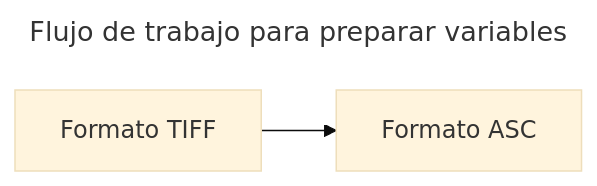
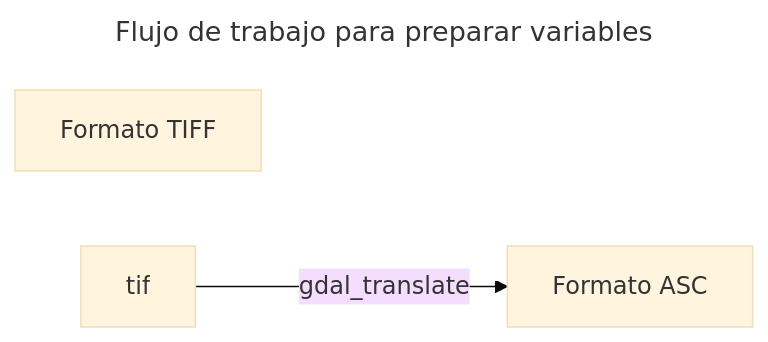
One commit to vshalisko/SDM changed the diagram in 2025_variables/variable_workflow.mermaid. Above: the diagram before and after it, drawn with Mermaid (base theme).

```diff
--- a/2025_variables/variable_workflow.mermaid
+++ b/2025_variables/variable_workflow.mermaid
@@ -1,7 +1,7 @@
 ---
 title: Flujo de trabajo para preparar variables
 ---
 flowchart LR
-  tif[Formato TIFF]
+  multilayer[Formato TIFF]
   asc[Formato ASC]
-  tif --> asc 
+  tif --gdal_translate--> asc 
```
